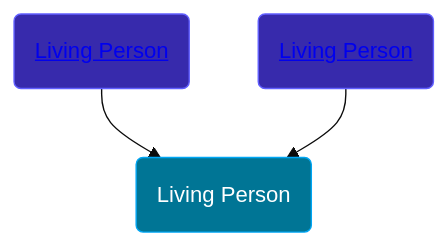
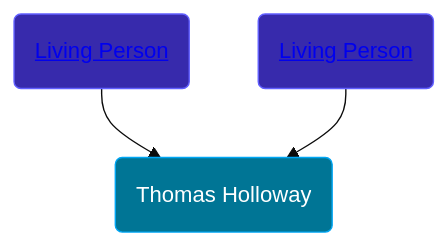
The diagram in pages/people/9/99720622.md (wpmgotkh/wpmgotkh.github.io), drawn with Mermaid (base theme) before and after one commit. The commit also changed other lines of this file and 586 other files, not shown here.

Commit message:
feat: better shouldConsiderPersonLiving algo

````diff
--- a/pages/people/9/99720622.md
+++ b/pages/people/9/99720622.md
@@ -10,9 +10,9 @@
 ```mermaid
 graph
 classDef grands fill:#193cb8,stroke:#2b7fff,stroke-width:1px,color:#fff;
 classDef parents fill:#372aac,stroke:#615fff,stroke-width:1px,color:#fff;
 classDef primary fill:#007595,stroke:#00a6f4,stroke-width:1px,color:#fff;
-99720622(Living Person):::primary
+99720622(Thomas Holloway):::primary
 84497082(<a class="text-white" href="/people/8/84497082">Living Person</a>):::parents-->99720622
 41896379(<a class="text-white" href="/people/4/41896379">Living Person</a>):::parents-->99720622
 ```
````
